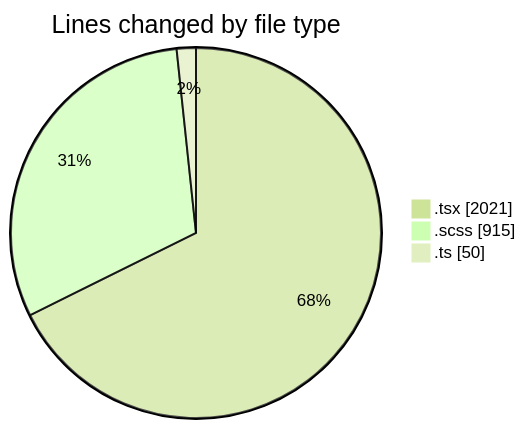
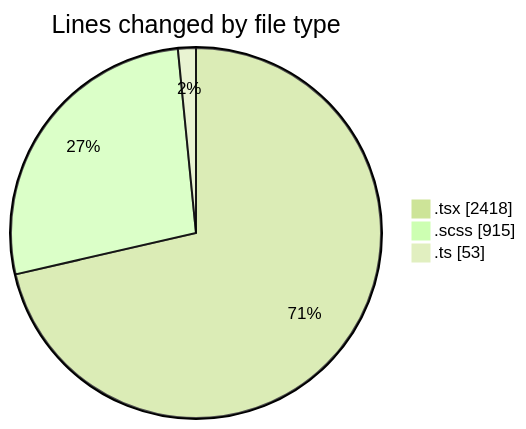
Before and after one commit to momahboobian/code-tracking: the first of 2 diagrams in 2025-03-27/cda/README.md, drawn with Mermaid (forest theme). The commit also changed other lines of this file and 1 other file, not shown here.

````diff
--- a/2025-03-27/cda/README.md
+++ b/2025-03-27/cda/README.md
@@ -36,7 +40,7 @@
 ```mermaid
 pie showData
 title Lines changed by file type
-".tsx" : 2021
+".tsx" : 2418
 ".scss" : 915
-".ts" : 50
+".ts" : 53
 ```
````
